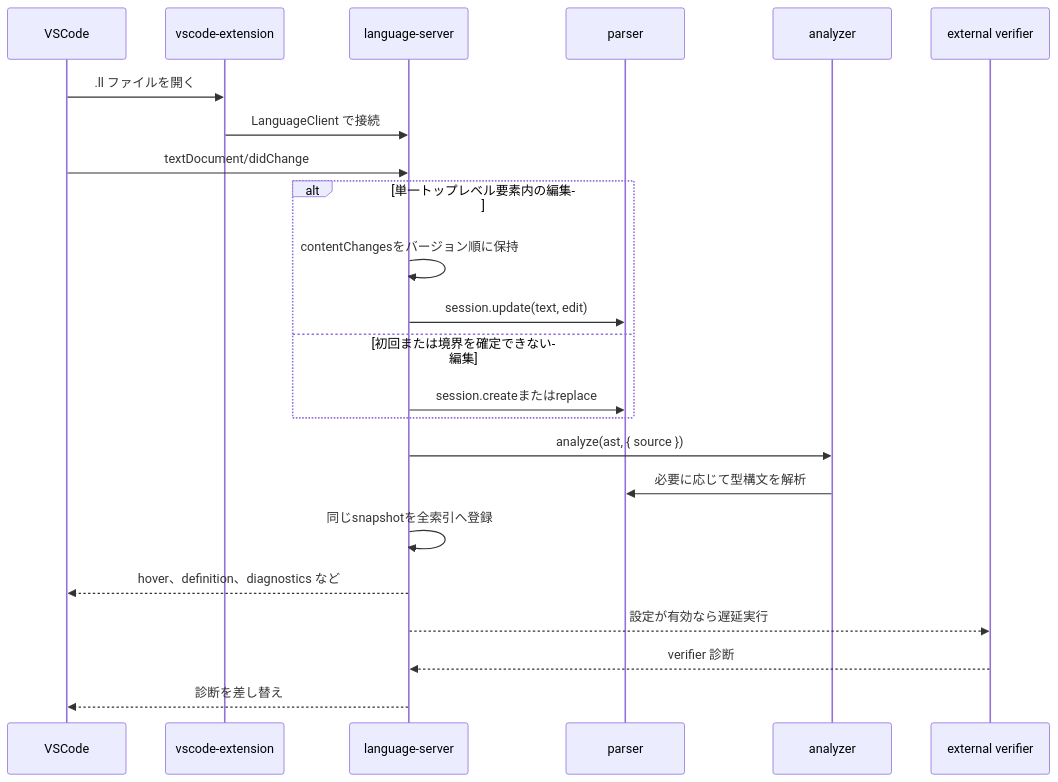
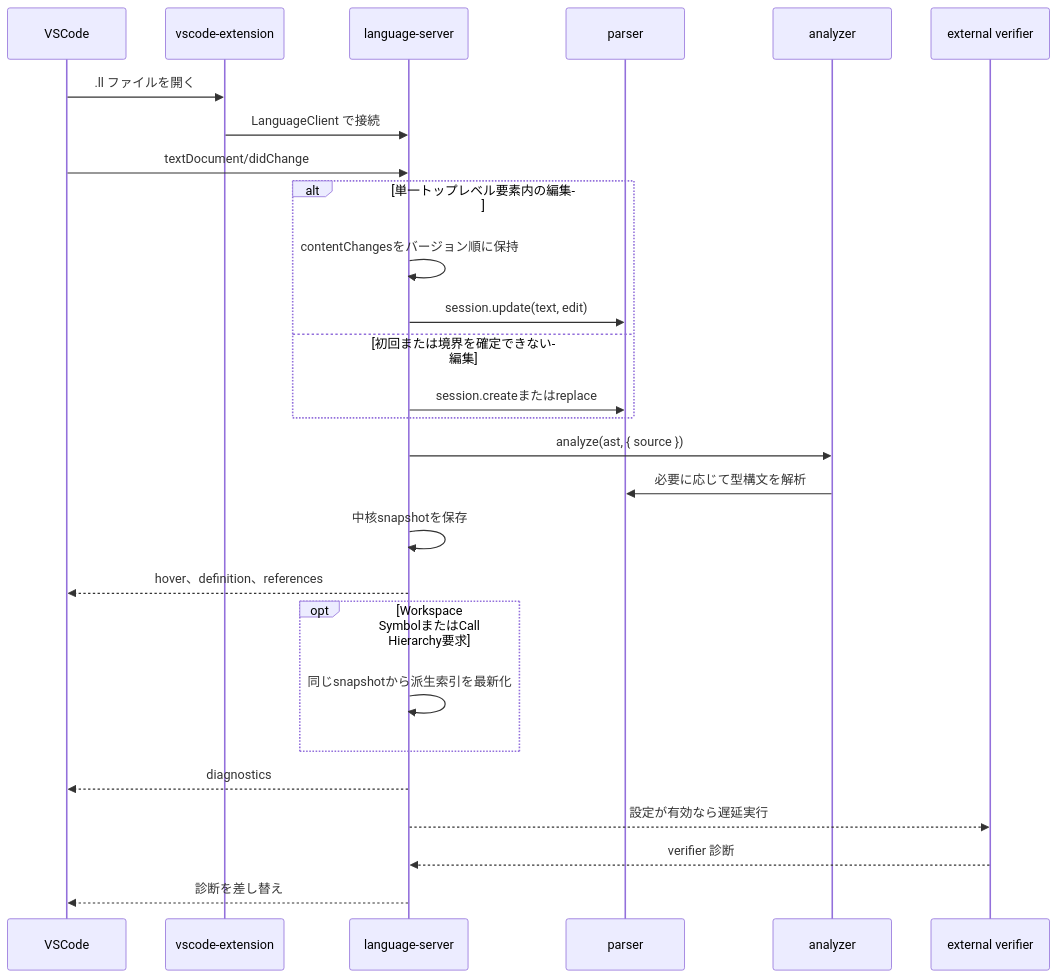
One commit to r4ai/llvm-analyzer changed the second of 2 diagrams in docs/architecture.md. Above: the diagram before and after it, drawn with Mermaid. The commit also changed other lines of this file and 22 other files, not shown here.

````diff
--- a/docs/architecture.md
+++ b/docs/architecture.md
@@ -65,26 +65,30 @@
 ```mermaid
 sequenceDiagram
   participant VSCode
   participant Extension as vscode-extension
   participant Server as language-server
   participant Parser as parser
   participant Analyzer as analyzer
   participant Verifier as external verifier
 
   VSCode->>Extension: .ll ファイルを開く
   Extension->>Server: LanguageClient で接続
   VSCode->>Server: textDocument/didChange
   alt 単一トップレベル要素内の編集
     Server->>Server: contentChangesをバージョン順に保持
     Server->>Parser: session.update(text, edit)
   else 初回または境界を確定できない編集
     Server->>Parser: session.createまたはreplace
   end
   Server->>Analyzer: analyze(ast, { source })
   Analyzer->>Parser: 必要に応じて型構文を解析
-  Server->>Server: 同じsnapshotを全索引へ登録
-  Server-->>VSCode: hover、definition、diagnostics など
+  Server->>Server: 中核snapshotを保存
+  Server-->>VSCode: hover、definition、references
+  opt Workspace SymbolまたはCall Hierarchy要求
+    Server->>Server: 同じsnapshotから派生索引を最新化
+  end
+  Server-->>VSCode: diagnostics
   Server-->>Verifier: 設定が有効なら遅延実行
   Verifier-->>Server: verifier 診断
   Server-->>VSCode: 診断を差し替え
 ```
````
